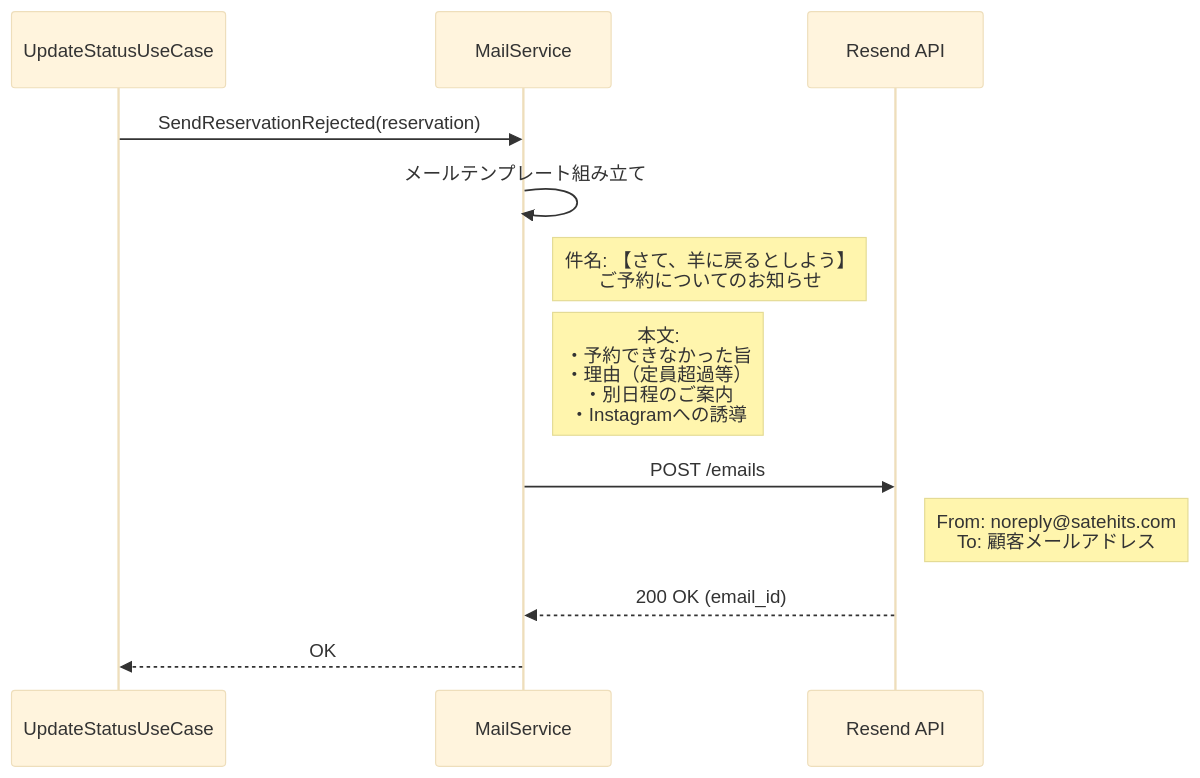
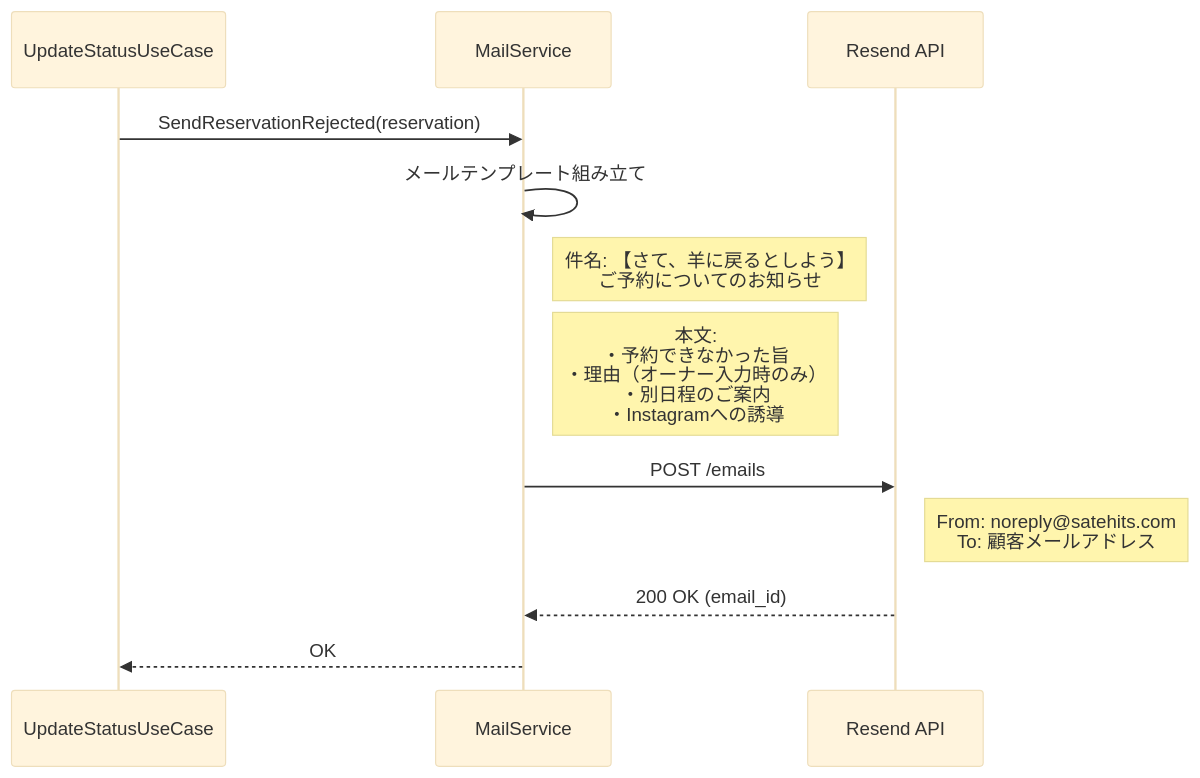
One commit to cergijame101007/satehits changed diagram 12 of 16 in docs/sequence.md. Above: the diagram before and after it, drawn with Mermaid (base theme). The commit also changed other lines of this file and 46 other files, not shown here.

````diff
--- a/docs/sequence.md
+++ b/docs/sequence.md
@@ -418,17 +421,17 @@
 ```mermaid
 sequenceDiagram
     participant UseCase as UpdateStatusUseCase
     participant MailService as MailService
     participant Resend as Resend API
 
     UseCase->>MailService: SendReservationRejected(reservation)
     
     MailService->>MailService: メールテンプレート組み立て
     Note right of MailService: 件名: 【さて、羊に戻るとしよう】<br>ご予約についてのお知らせ
-    Note right of MailService: 本文:<br>・予約できなかった旨<br>・理由（定員超過等）<br>・別日程のご案内<br>・Instagramへの誘導
+    Note right of MailService: 本文:<br>・予約できなかった旨<br>・理由（オーナー入力時のみ）<br>・別日程のご案内<br>・Instagramへの誘導
     
     MailService->>Resend: POST /emails
     Note right of Resend: From: noreply@satehits.com<br>To: 顧客メールアドレス
     Resend-->>MailService: 200 OK (email_id)
     MailService-->>UseCase: OK
 ```
````
